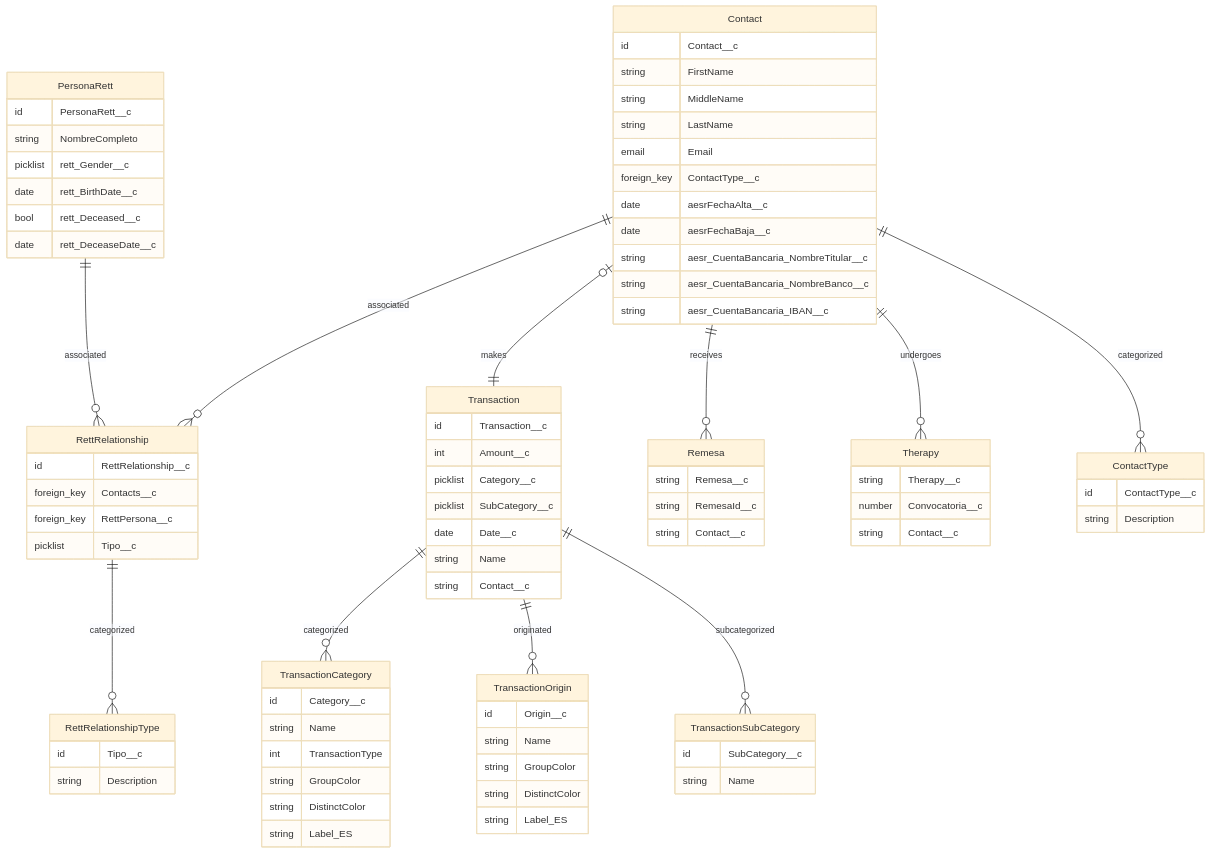
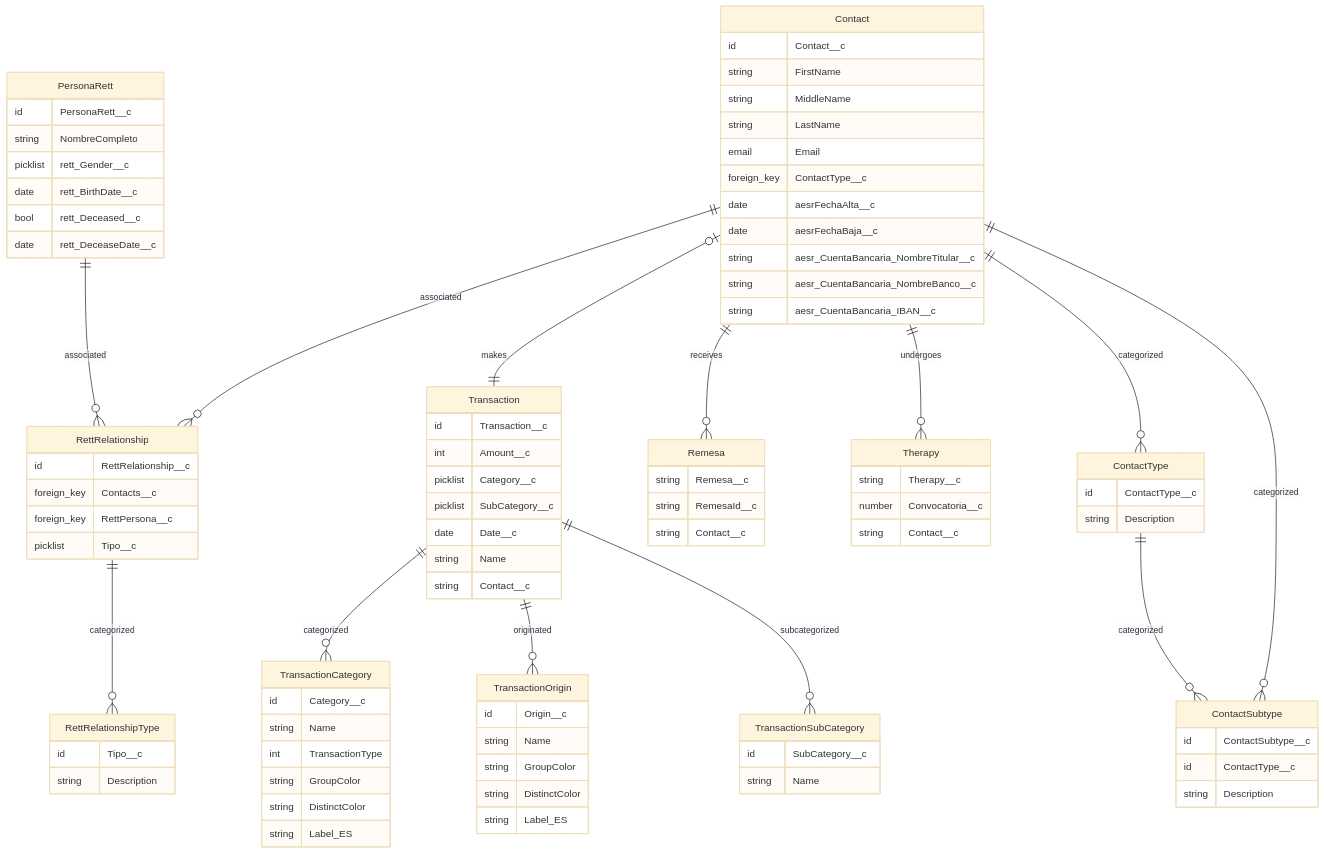
The diagram in docs/dbmodel.md (rett-spain/ngo-finance), drawn with Mermaid (base theme) before and after one commit.

Commit message:
Updated db model with master tables

```diff
--- a/docs/dbmodel.md
+++ b/docs/dbmodel.md
@@ -9,8 +9,11 @@
     Contact |o--|| Transaction : makes
     Contact ||--o{ Remesa : receives
     Contact ||--o{ Therapy : undergoes
+    Contact ||--o{ ContactType : categorized
+    Contact ||--o{ ContactSubtype : categorized
 
-    Contact ||--o{ ContactType : categorized
+    ContactType ||--o{ ContactSubtype : categorized
+
     RettRelationship ||--o{ RettRelationshipType : categorized
     Transaction ||--o{ TransactionCategory : categorized
     Transaction ||--o{ TransactionOrigin : originated
@@ -73,6 +76,12 @@
         string Description
     }
 
+    ContactSubtype {
+        id ContactSubtype__c
+        id ContactType__c
+        string Description
+    }
+
     RettRelationshipType {
         id Tipo__c
         string Description
```
